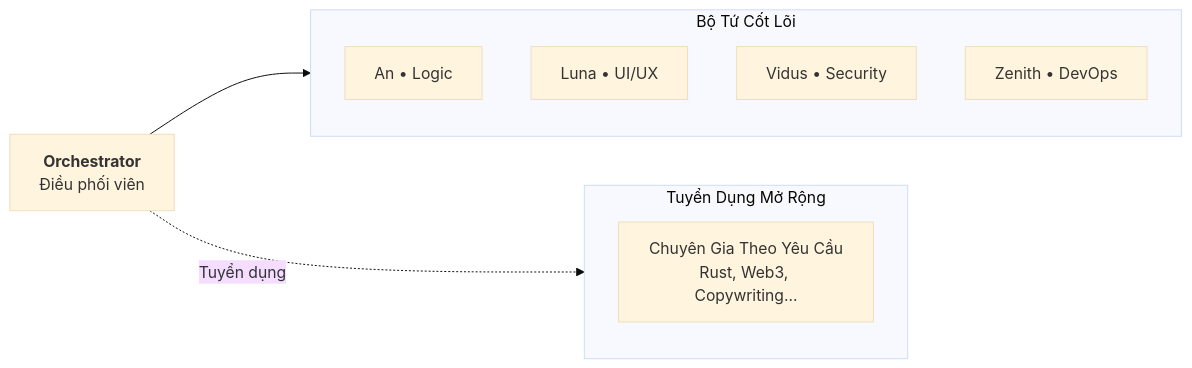
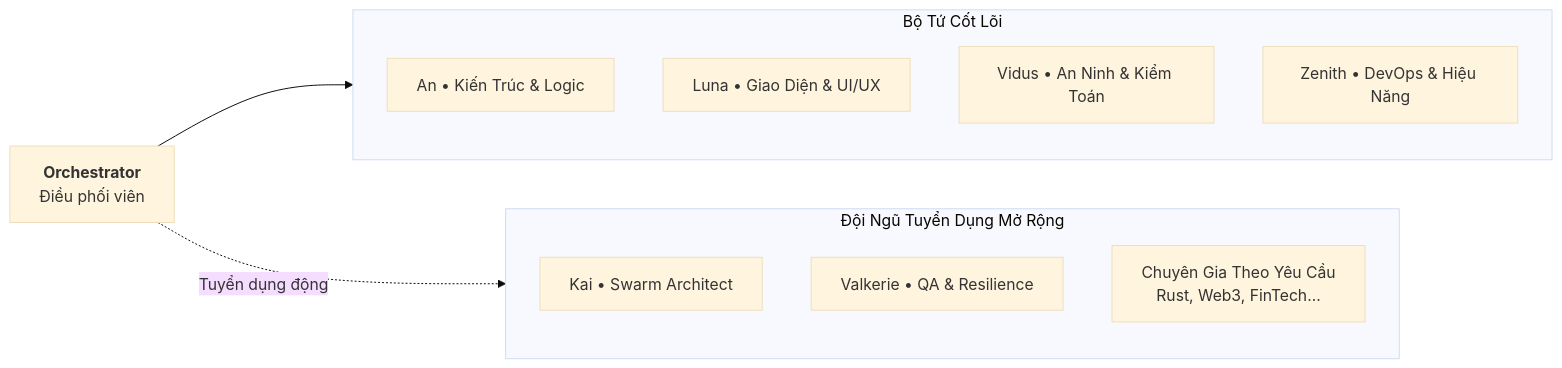
One commit to hainguyen011/Aevum-website changed the diagram in content/docs/06-persona-system.md. Above: the diagram before and after it, drawn with Mermaid (base theme). The commit also changed other lines of this file and 46 other files, not shown here.

````diff
--- a/content/docs/06-persona-system.md
+++ b/content/docs/06-persona-system.md
@@ -14,15 +14,17 @@
 ```mermaid
 flowchart LR
     Orch["<b>Orchestrator</b><br/>Điều phối viên"]
     subgraph S1["Bộ Tứ Cốt Lõi"]
-        An["An • Logic"]
-        Luna["Luna • UI/UX"]
-        Vidus["Vidus • Security"]
-        Zenith["Zenith • DevOps"]
+        An["An • Kiến Trúc & Logic"]
+        Luna["Luna • Giao Diện & UI/UX"]
+        Vidus["Vidus • An Ninh & Kiểm Toán"]
+        Zenith["Zenith • DevOps & Hiệu Năng"]
     end
-    subgraph S2["Tuyển Dụng Mở Rộng"]
-        Custom["Chuyên Gia Theo Yêu Cầu<br/>Rust, Web3, Copywriting..."]
+    subgraph S2["Đội Ngũ Tuyển Dụng Mở Rộng"]
+        Kai["Kai • Swarm Architect"]
+        Val["Valkerie • QA & Resilience"]
+        Custom["Chuyên Gia Theo Yêu Cầu<br/>Rust, Web3, FinTech..."]
     end
     Orch --> S1
-    Orch -.->|Tuyển dụng| S2
+    Orch -.->|Tuyển dụng động| S2
 ```
````
